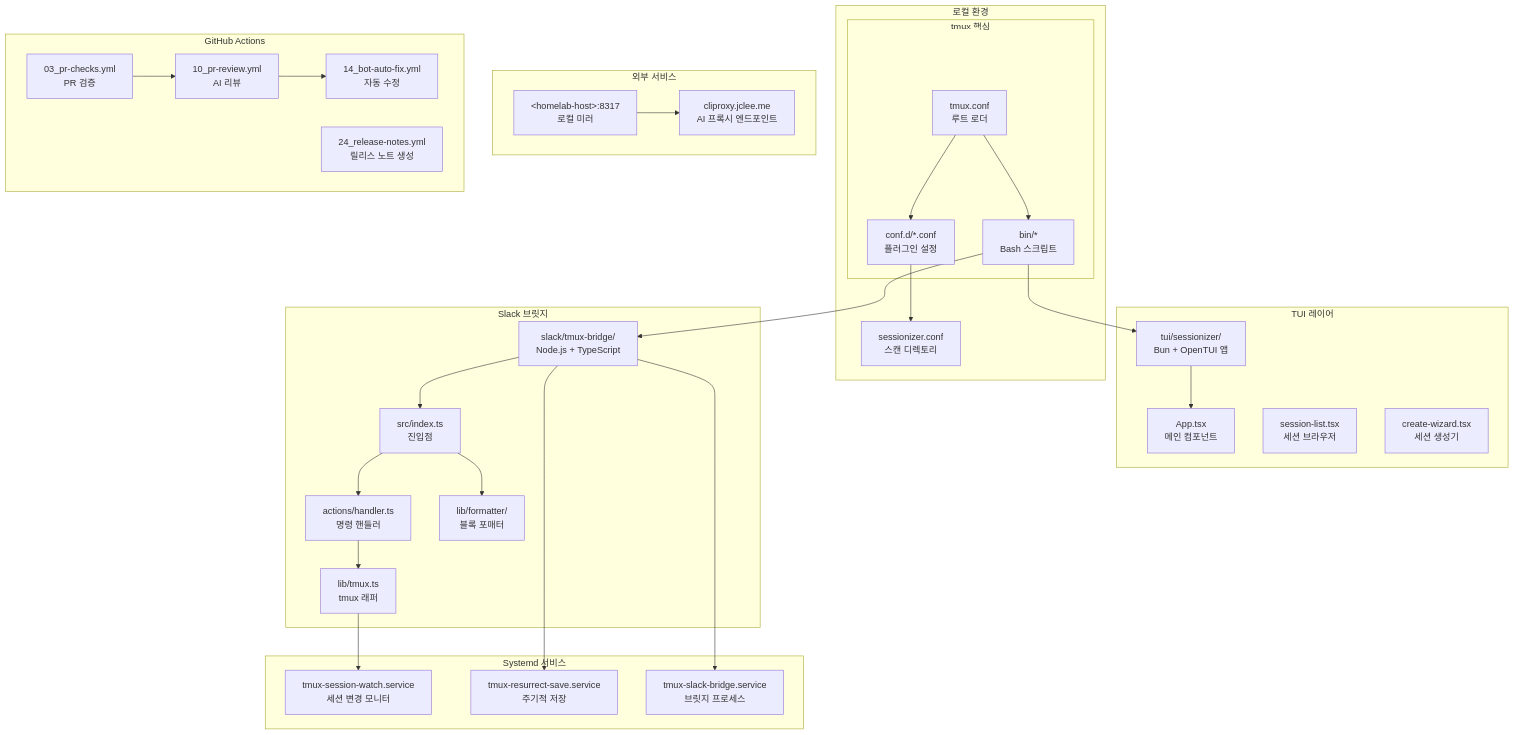
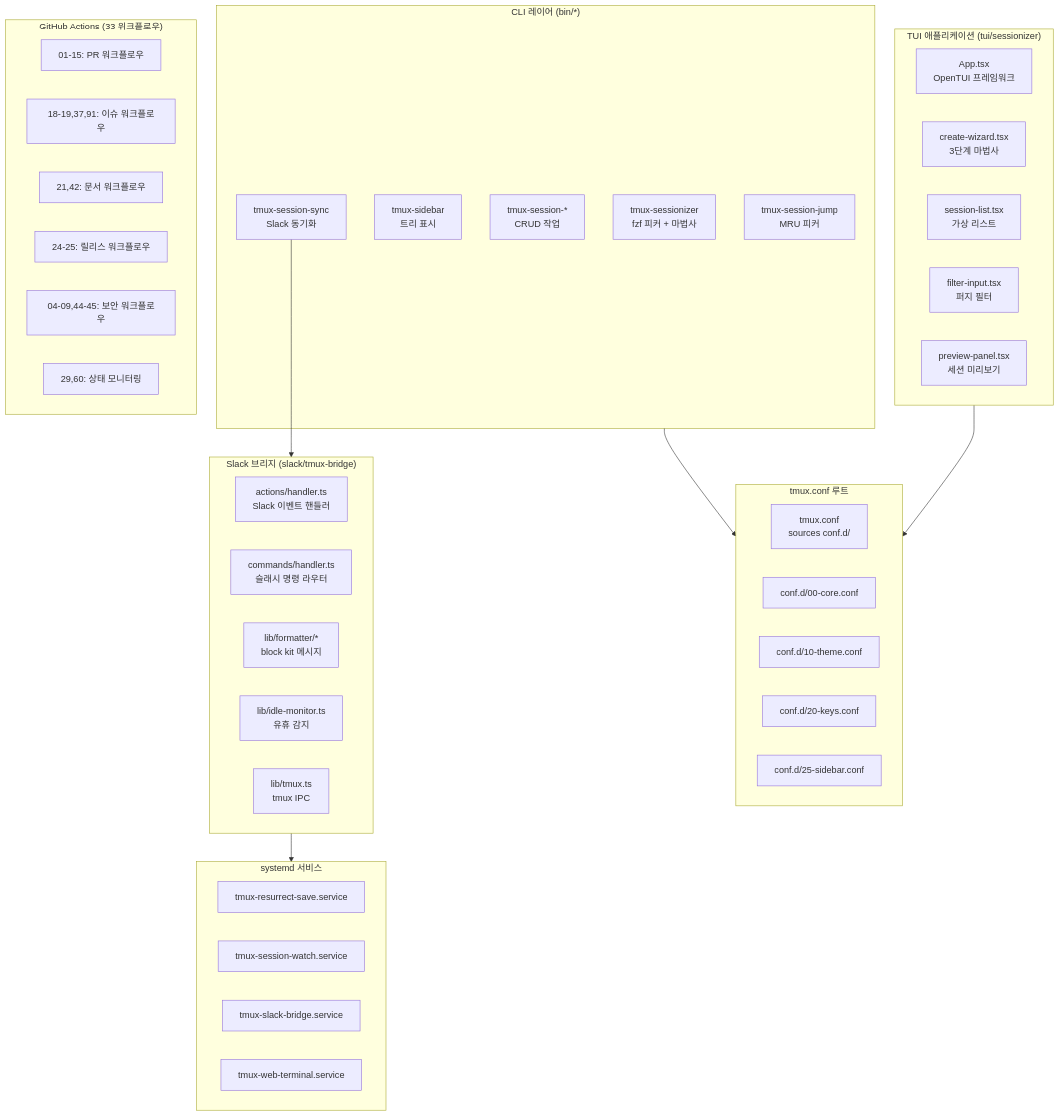
The second of 2 diagrams in README.md (jclee941/tmux), drawn with Mermaid before and after one commit. The commit also changed other lines of this file, not shown here.

Commit message:
docs: auto-update README.md

````diff
--- a/README.md
+++ b/README.md
@@ -446,61 +553,55 @@
 ```mermaid
 flowchart TB
-    subgraph client_ko["로컬 환경"]
-        subgraph tmux_core_ko["tmux 핵심"]
-            A_ko["tmux.conf<br/>루트 로더"]
-            B_ko["conf.d/*.conf<br/>플러그인 설정"]
-            C_ko["bin/*<br/>Bash 스크립트"]
-        end
-        D_ko["sessionizer.conf<br/>스캔 디렉토리"]
+    subgraph CLI["CLI 레이어 (bin/*)"]
+        SESSIONIZER["tmux-sessionizer<br/>fzf 피커 + 마법사"]
+        SIDEBAR["tmux-sidebar<br/>트리 표시"]
+        SESSION["tmux-session-*<br/>CRUD 작업"]
+        SYNC["tmux-session-sync<br/>Slack 동기화"]
+        JUMP["tmux-session-jump<br/>MRU 피커"]
     end
 
-    subgraph tui_layer_ko["TUI 레이어"]
-        E_ko["tui/sessionizer/<br/>Bun + OpenTUI 앱"]
-        F_ko["App.tsx<br/>메인 컴포넌트"]
-        G_ko["session-list.tsx<br/>세션 브라우저"]
-        H_ko["create-wizard.tsx<br/>세션 생성기"]
+    subgraph CONFIG["tmux.conf 루트"]
+        ROOT["tmux.conf<br/>sources conf.d/"]
+        CORE["conf.d/00-core.conf"]
+        THEME["conf.d/10-theme.conf"]
+        KEYS["conf.d/20-keys.conf"]
+        SIDEBAR_CONF["conf.d/25-sidebar.conf"]
     end
 
-    subgraph slack_layer_ko["Slack 브릿지"]
-        I_ko["slack/tmux-bridge/<br/>Node.js + TypeScript"]
-        J_ko["src/index.ts<br/>진입점"]
-        K_ko["actions/handler.ts<br/>명령 핸들러"]
-        L_ko["lib/formatter/<br/>블록 포매터"]
-        M_ko["lib/tmux.ts<br/>tmux 래퍼"]
+    subgraph TUI["TUI 애플리케이션 (tui/sessionizer)"]
+        APP["App.tsx<br/>OpenTUI 프레임워크"]
+        WIZARD["create-wizard.tsx<br/>3단계 마법사"]
+        LIST["session-list.tsx<br/>가상 리스트"]
+        FILTER["filter-input.tsx<br/>퍼지 필터"]
+        PREVIEW["preview-panel.tsx<br/>세션 미리보기"]
     end
 
-    subgraph systemd_services_ko["Systemd 서비스"]
-        N_ko["tmux-session-watch.service<br/>세션 변경 모니터"]
-        O_ko["tmux-resurrect-save.service<br/>주기적 저장"]
-        P_ko["tmux-slack-bridge.service<br/>브릿지 프로세스"]
+    subgraph SLACK["Slack 브리지 (slack/tmux-bridge)"]
+        HANDLER["actions/handler.ts<br/>Slack 이벤트 핸들러"]
+        COMMANDS["commands/handler.ts<br/>슬래시 명령 라우터"]
+        FORMATTER["lib/formatter/*<br/>block kit 메시지"]
+        IDLE["lib/idle-monitor.ts<br/>유휴 감지"]
+        TMUX["lib/tmux.ts<br/>tmux IPC"]
     end
 
-    subgraph external_ko["외부 서비스"]
-        Q_ko["&lt;homelab-host&gt;:8317<br/>로컬 미러"]
-        R_ko["cliproxy.jclee.me<br/>AI 프록시 엔드포인트"]
+    subgraph SERVICES["systemd 서비스"]
+        RESURRECT["tmux-resurrect-save.service"]
+        WATCH["tmux-session-watch.service"]
+        SLACK_SVC["tmux-slack-bridge.service"]
+        WEB["tmux-web-terminal.service"]
     end
 
-    subgraph workflows_ko["GitHub Actions"]
-        W1_ko["03_pr-checks.yml<br/>PR 검증"]
-        W2_ko["10_pr-review.yml<br/>AI 리뷰"]
-        W3_ko["14_bot-auto-fix.yml<br/>자동 수정"]
-        W4_ko["24_release-notes.yml<br/>릴리스 노트 생성"]
+    subgraph AUTOMATION["GitHub Actions (33 워크플로우)"]
+        PR["01-15: PR 워크플로우"]
+        ISSUES["18-19,37,91: 이슈 워크플로우"]
+        DOCS["21,42: 문서 워크플로우"]
+        RELEASE["24-25: 릴리스 워크플로우"]
+        SECURITY["04-09,44-45: 보안 워크플로우"]
+        HEALTH["29,60: 상태 모니터링"]
     end
 
-    A_ko --> B_ko
-    A_ko --> C_ko
-    B_ko --> D_ko
-    C_ko --> E_ko
-    C_ko --> I_ko
-    E_ko --> F_ko
-    I_ko --> J_ko
-    J_ko --> K_ko
-    J_ko --> L_ko
-    K_ko --> M_ko
-    M_ko --> N_ko
-    I_ko --> O_ko
-    I_ko --> P_ko
-    Q_ko --> R_ko
-    W1_ko --> W2_ko
-    W2_ko --> W3_ko
+    CLI --> CONFIG
+    TUI --> CONFIG
+    SLACK --> SERVICES
+    SYNC --> SLACK
 ```
````
